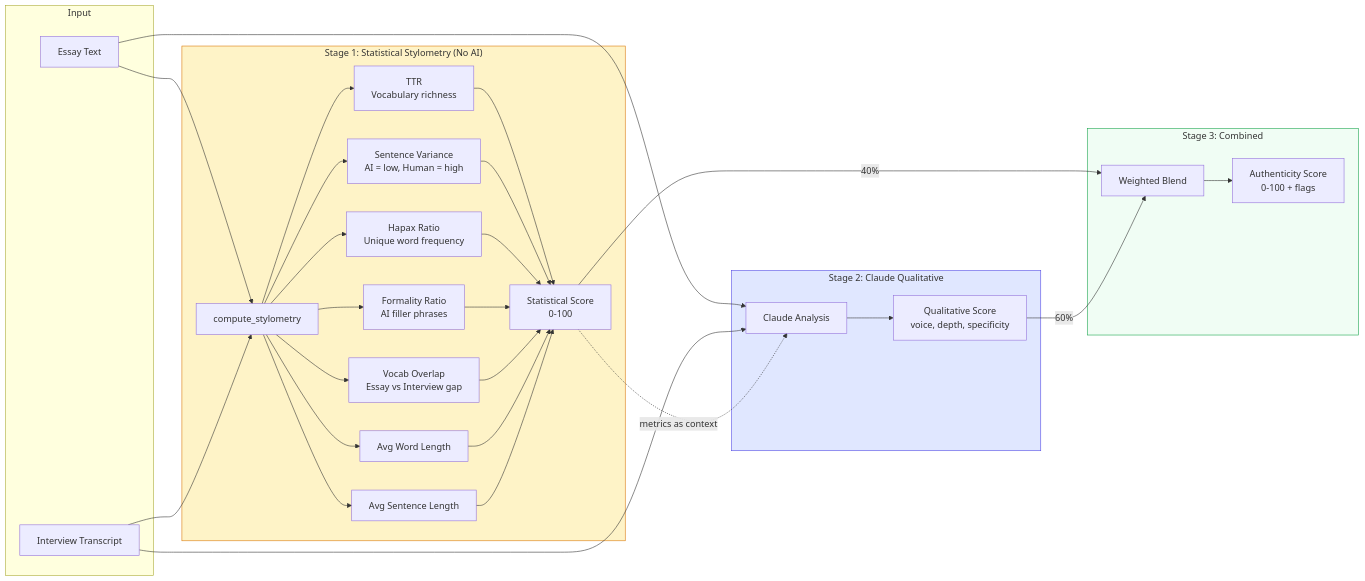
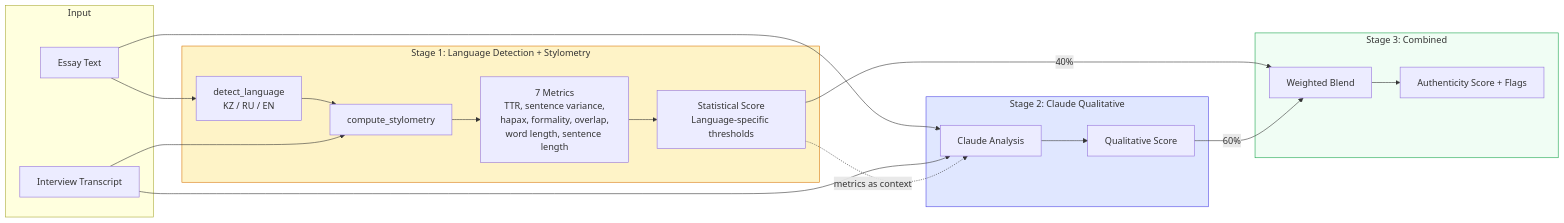
One commit to BAITC-Hacks/hack-22e92cd7-winchesters changed the fourth of 7 diagrams in docs/architecture.md. Above: the diagram before and after it, drawn with Mermaid. The commit also changed other lines of this file and 2 other files, not shown here.

Commit message:
rewrite README and update architecture diagram

````diff
--- a/docs/architecture.md
+++ b/docs/architecture.md
@@ -94,37 +133,32 @@
 ```mermaid
 flowchart LR
     subgraph Input
         ESS[Essay Text]
         INT[Interview Transcript]
     end
 
-    subgraph S1["Stage 1: Statistical Stylometry (No AI)"]
-        ESS --> COMP[compute_stylometry]
+    subgraph S1["Stage 1: Language Detection + Stylometry"]
+        ESS --> DETECT[detect_language<br/>KZ / RU / EN]
+        DETECT --> COMP[compute_stylometry]
         INT --> COMP
-        COMP --> TTR[TTR<br/>Vocabulary richness]
-        COMP --> SV[Sentence Variance<br/>AI = low, Human = high]
-        COMP --> HP[Hapax Ratio<br/>Unique word frequency]
-        COMP --> FR[Formality Ratio<br/>AI filler phrases]
-        COMP --> VO[Vocab Overlap<br/>Essay vs Interview gap]
-        COMP --> AWL[Avg Word Length]
-        COMP --> ASL[Avg Sentence Length]
-        TTR & SV & HP & FR & VO & AWL & ASL --> SS[Statistical Score<br/>0-100]
+        COMP --> METRICS[7 Metrics<br/>TTR, sentence variance,<br/>hapax, formality, overlap,<br/>word length, sentence length]
+        METRICS --> SS[Statistical Score<br/>Language-specific thresholds]
     end
 
     subgraph S2["Stage 2: Claude Qualitative"]
         ESS --> CL[Claude Analysis]
         INT --> CL
         SS -.->|metrics as context| CL
-        CL --> QS[Qualitative Score<br/>voice, depth, specificity]
+        CL --> QS[Qualitative Score]
     end
 
     subgraph S3["Stage 3: Combined"]
         SS -->|40%| BLEND[Weighted Blend]
         QS -->|60%| BLEND
-        BLEND --> FINAL[Authenticity Score<br/>0-100 + flags]
+        BLEND --> FINAL[Authenticity Score + Flags]
     end
 
     style S1 fill:#fef3c7,stroke:#d97706
     style S2 fill:#e0e7ff,stroke:#4f46e5
     style S3 fill:#f0fdf4,stroke:#16a34a
 ```
````
